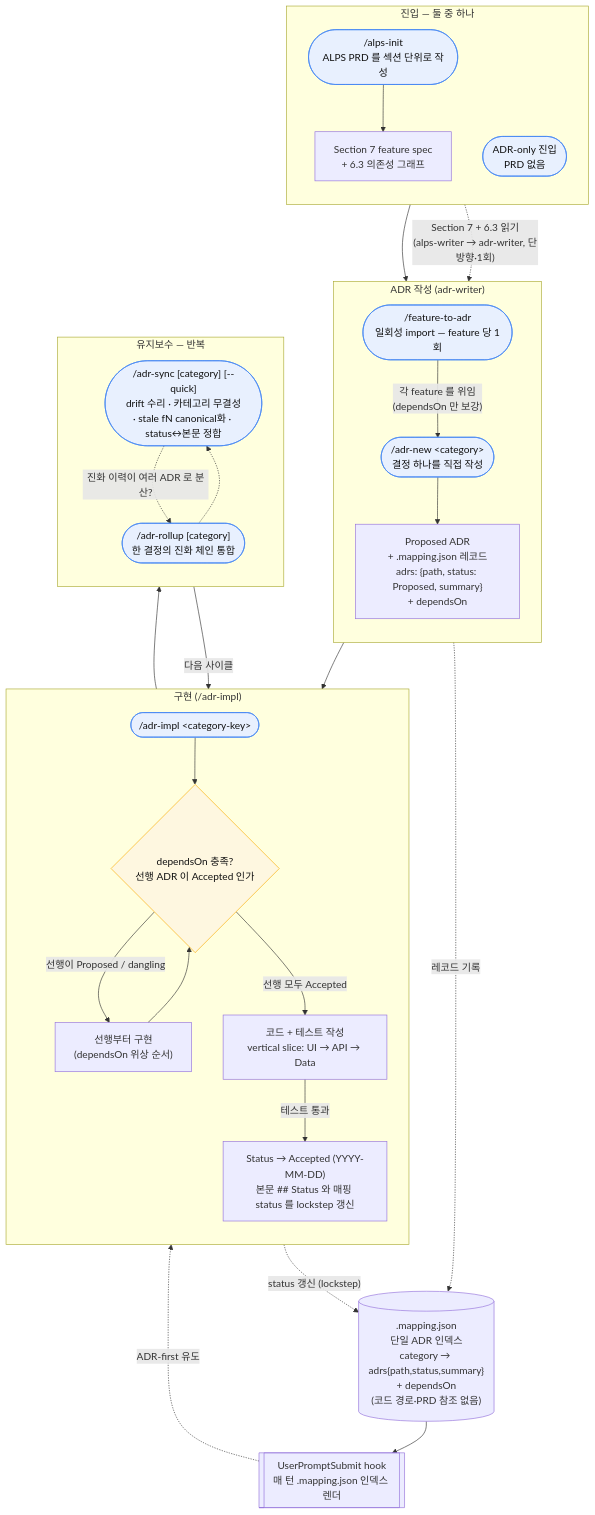
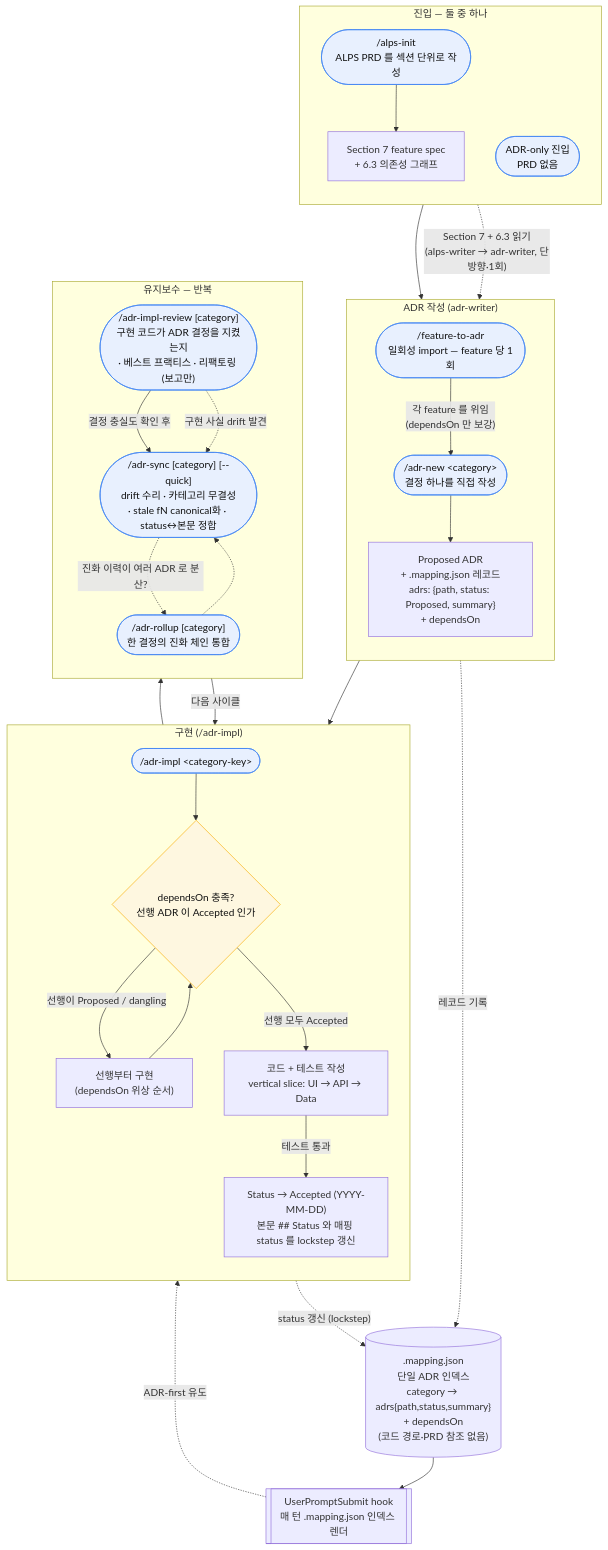
The first of 3 diagrams in docs/adr-process.md (haandol/alps-writer-mcp), drawn with Mermaid before and after one commit. The commit also changed other lines of this file and 10 other files, not shown here.

First line of the commit message:
feat(adr): add /adr-impl-review skill and bump to 0.4.18

````diff
--- a/docs/adr-process.md
+++ b/docs/adr-process.md
@@ -13,60 +13,63 @@
 ```mermaid
 flowchart TD
     subgraph entry["진입 — 둘 중 하나"]
         direction TB
         AlpsInit(["/alps-init<br/>ALPS PRD 를 섹션 단위로 작성"])
         S7["Section 7 feature spec<br/>+ 6.3 의존성 그래프"]
         AlpsInit --> S7
         ADROnly(["ADR-only 진입<br/>PRD 없음"])
     end
 
     subgraph author["ADR 작성 (adr-writer)"]
         direction TB
         F2A(["/feature-to-adr<br/>일회성 import — feature 당 1회"])
         New(["/adr-new &lt;category&gt;<br/>결정 하나를 직접 작성"])
         Proposed["Proposed ADR<br/>+ .mapping.json 레코드<br/>adrs: {path, status: Proposed, summary}<br/>+ dependsOn"]
         F2A -->|"각 feature 를 위임<br/>(dependsOn 만 보강)"| New
         New --> Proposed
     end
 
     subgraph impl["구현 (/adr-impl)"]
         direction TB
         Impl(["/adr-impl &lt;category-key&gt;"])
         Gate{"dependsOn 충족?<br/>선행 ADR 이 Accepted 인가"}
         Prereq["선행부터 구현<br/>(dependsOn 위상 순서)"]
         Code["코드 + 테스트 작성<br/>vertical slice: UI → API → Data"]
         Accepted["Status → Accepted (YYYY-MM-DD)<br/>본문 ## Status 와 매핑 status 를 lockstep 갱신"]
         Impl --> Gate
         Gate -->|"선행이 Proposed / dangling"| Prereq
         Prereq --> Gate
         Gate -->|"선행 모두 Accepted"| Code
         Code -->|"테스트 통과"| Accepted
     end
 
     subgraph maint["유지보수 — 반복"]
         direction TB
+        Review(["/adr-impl-review [category]<br/>구현 코드가 ADR 결정을 지켰는지<br/>· 베스트 프랙티스 · 리팩토링 (보고만)"])
         Sync(["/adr-sync [category] [--quick]<br/>drift 수리 · 카테고리 무결성<br/>· stale fN canonical화 · status↔본문 정합"])
         Rollup(["/adr-rollup [category]<br/>한 결정의 진화 체인 통합"])
     end
 
     Mapping[(".mapping.json<br/>단일 ADR 인덱스<br/>category → adrs{path,status,summary}<br/>+ dependsOn<br/>(코드 경로·PRD 참조 없음)")]
     Hook[["UserPromptSubmit hook<br/>매 턴 .mapping.json 인덱스 렌더"]]
 
     S7 -.->|"Section 7 + 6.3 읽기<br/>(alps-writer → adr-writer, 단방향·1회)"| F2A
     ADROnly --> New
     Proposed --> Impl
-    Accepted --> Sync
+    Accepted --> Review
+    Review -->|"결정 충실도 확인 후"| Sync
+    Review -.->|"구현 사실 drift 발견"| Sync
     Sync -->|"다음 사이클"| Impl
     Sync -.->|"진화 이력이 여러 ADR 로 분산?"| Rollup
     Rollup -.-> Sync
 
     Proposed -.->|"레코드 기록"| Mapping
     Accepted -.->|"status 갱신 (lockstep)"| Mapping
     Mapping --> Hook
     Hook -.->|"ADR-first 유도"| Impl
 
     classDef cmd fill:#e8f0fe,stroke:#4285f4,color:#111;
     classDef gate fill:#fef7e0,stroke:#f9ab00,color:#111;
-    class AlpsInit,F2A,New,Impl,Sync,Rollup,ADROnly cmd;
+    class AlpsInit,F2A,New,Impl,Review,Sync,Rollup,ADROnly cmd;
     class Gate gate;
 ```
````
